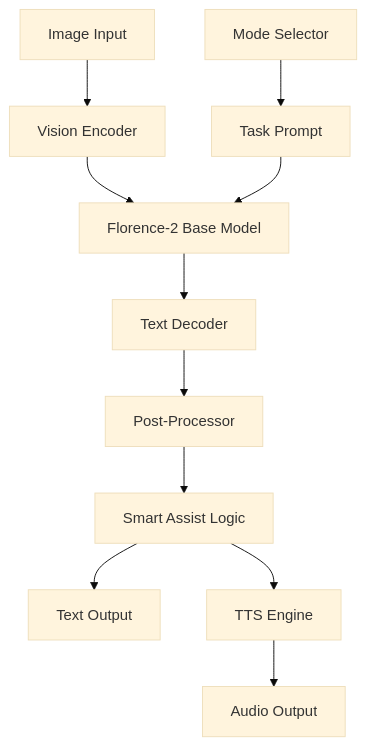
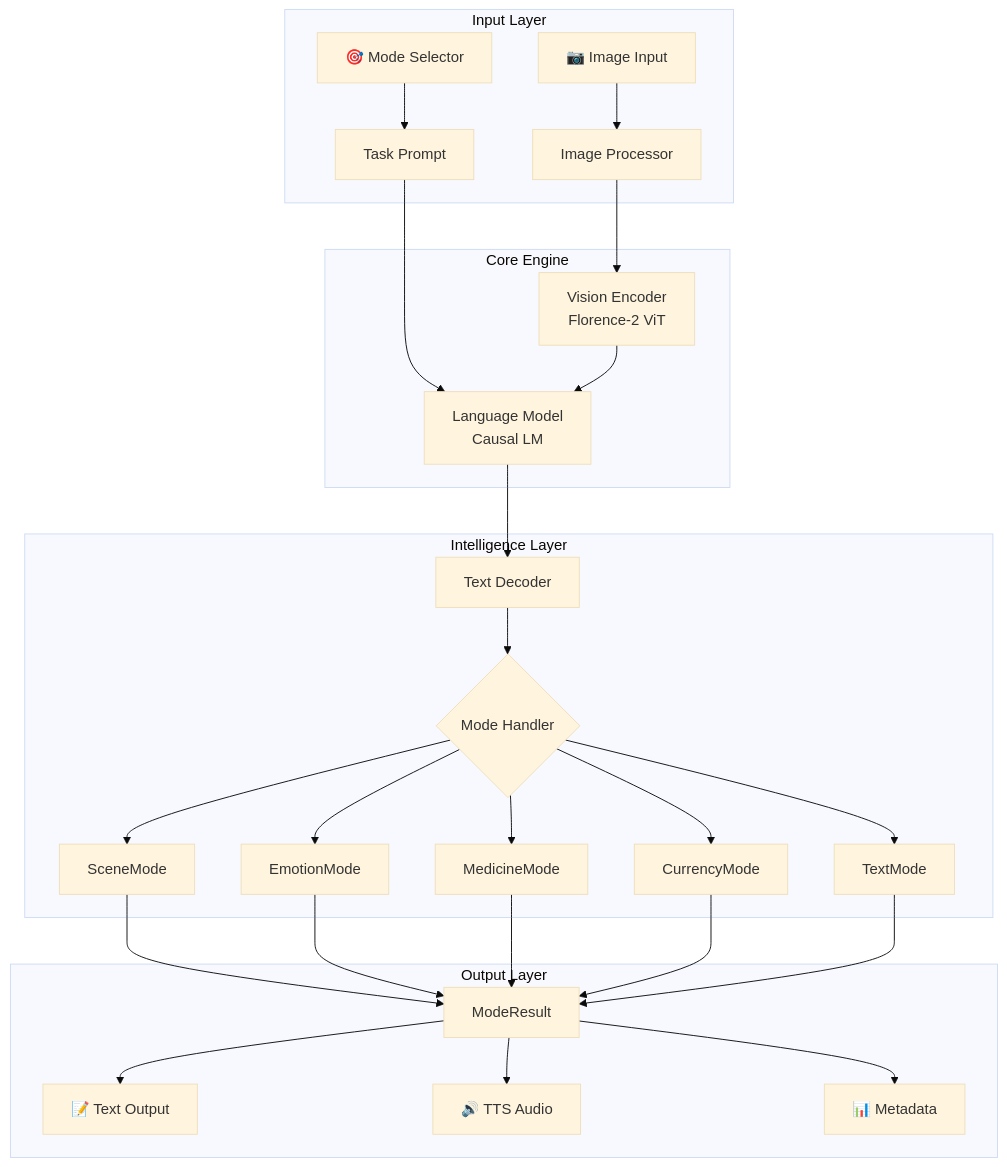
One commit to Ardelyo/dara changed the second of 2 diagrams in docs/ARCHITECTURE.md. Above: the diagram before and after it, drawn with Mermaid (base theme). The commit also changed other lines of this file and 8 other files, not shown here.

````diff
--- a/docs/ARCHITECTURE.md
+++ b/docs/ARCHITECTURE.md
@@ -9,13 +166,30 @@
 ```mermaid
 graph TD
-    A[Image Input] --> B[Vision Encoder]
-    B --> C[Florence-2 Base Model]
-    D[Mode Selector] --> E[Task Prompt]
-    E --> C
-    C --> F[Text Decoder]
-    F --> G[Post-Processor]
-    G --> H[Smart Assist Logic]
-    H --> I[Text Output]
-    H --> J[TTS Engine]
-    J --> K[Audio Output]
+    subgraph "Input Layer"
+        A[📷 Image Input] --> B[Image Processor]
+        M[🎯 Mode Selector] --> N[Task Prompt]
+    end
+    
+    subgraph "Core Engine"
+        B --> C[Vision Encoder<br/>Florence-2 ViT]
+        N --> D[Language Model<br/>Causal LM]
+        C --> D
+    end
+    
+    subgraph "Intelligence Layer"
+        D --> E[Text Decoder]
+        E --> F{Mode Handler}
+        F --> G[SceneMode]
+        F --> H[EmotionMode]
+        F --> I[MedicineMode]
+        F --> J[CurrencyMode]
+        F --> K[TextMode]
+    end
+    
+    subgraph "Output Layer"
+        G & H & I & J & K --> L[ModeResult]
+        L --> O[📝 Text Output]
+        L --> P[🔊 TTS Audio]
+        L --> Q[📊 Metadata]
+    end
 ```
````
